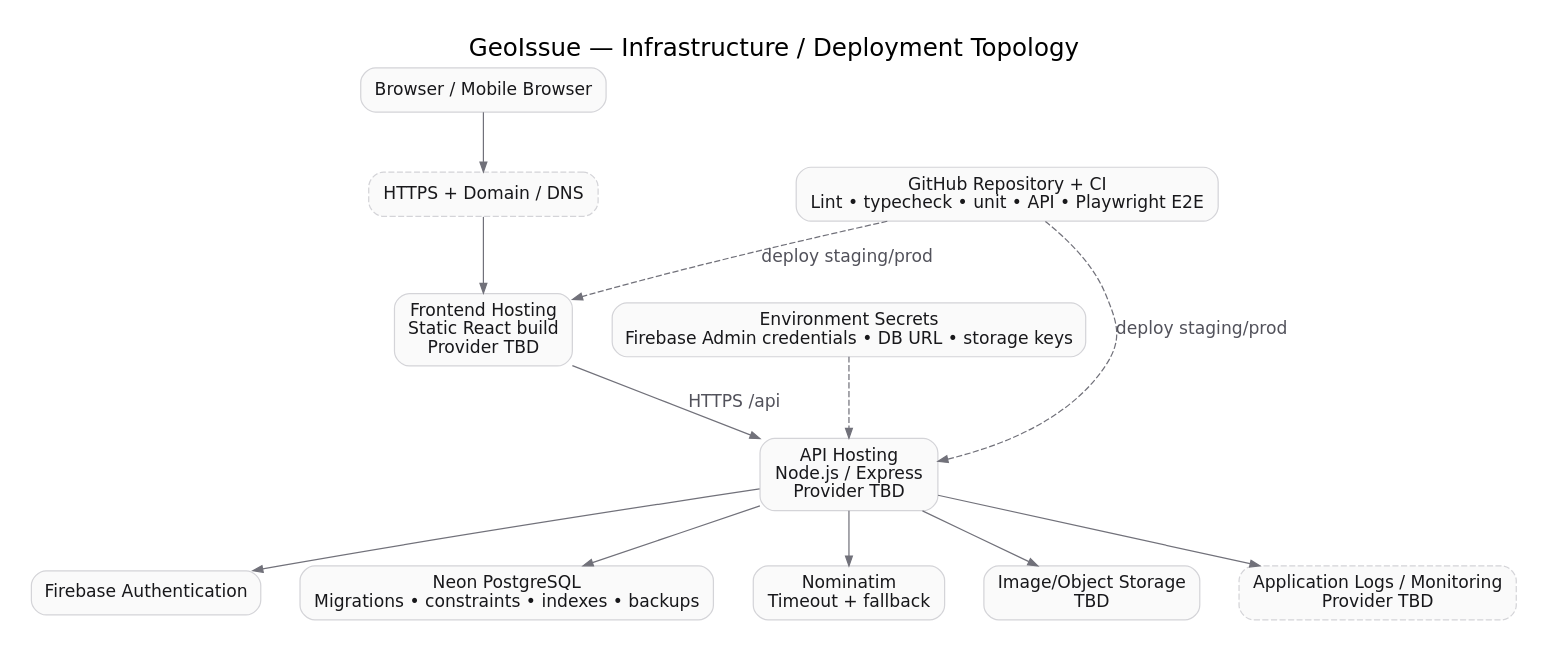
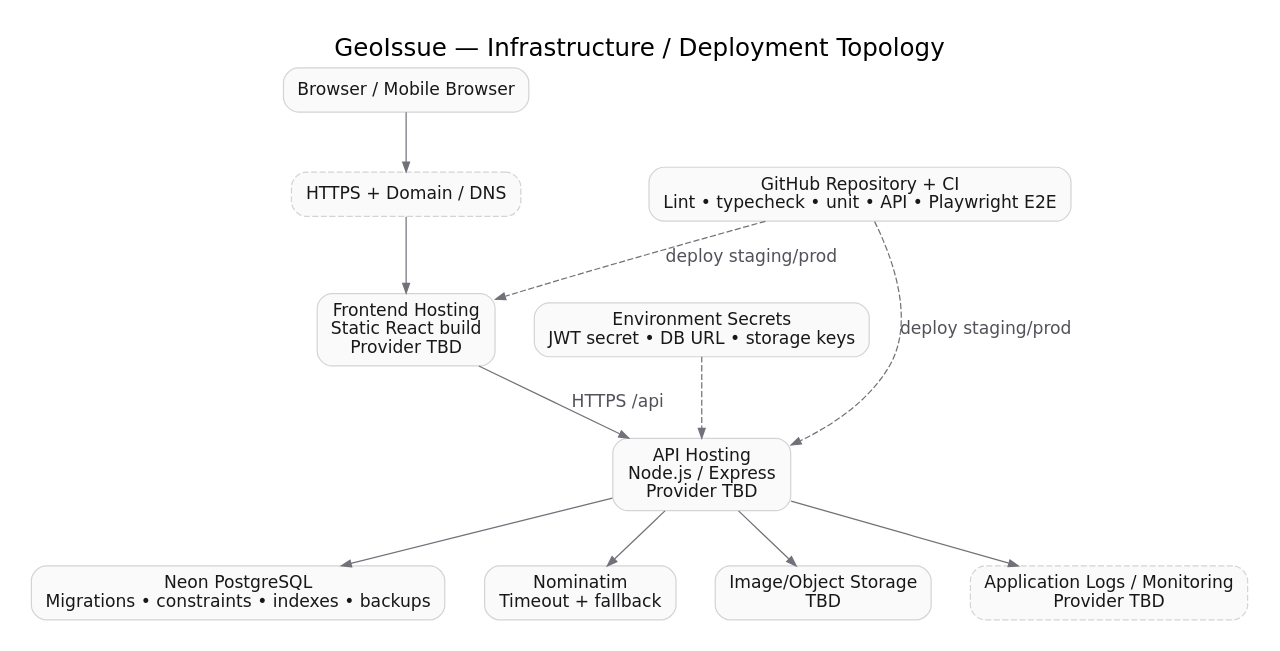
The diagram in docs/reference/diagrams/03_Infrastructure_Deployment.dot (ff7hpp/GeoIssue), drawn with Graphviz before and after one commit. The commit also changed 56 other files, not shown here.

```diff
--- a/docs/reference/diagrams/03_Infrastructure_Deployment.dot
+++ b/docs/reference/diagrams/03_Infrastructure_Deployment.dot
@@ -1,39 +1,37 @@
 digraph G {
 
     graph [fontname="DejaVu Sans", bgcolor="white", pad="0.25", nodesep="0.45", ranksep="0.60"];
     node  [fontname="DejaVu Sans", shape=box, style="rounded,filled", fillcolor="#FAFAFA", color="#D4D4D8", fontcolor="#18181B", margin="0.16,0.10"];
     edge  [fontname="DejaVu Sans", color="#71717A", fontcolor="#52525B", arrowsize="0.8"];
 
 rankdir=TB; labelloc="t"; label="GeoIssue — Infrastructure / Deployment Topology"; fontsize=20;
 user [label="Browser / Mobile Browser"];
 dns [label="HTTPS + Domain / DNS", style="rounded,dashed,filled"];
 frontend [label="Frontend Hosting
 Static React build
 Provider TBD"];
 api [label="API Hosting
 Node.js / Express
 Provider TBD"];
 secrets [label="Environment Secrets
-Firebase Admin credentials • DB URL • storage keys"];
+JWT secret • DB URL • storage keys"];
 ci [label="GitHub Repository + CI
 Lint • typecheck • unit • API • Playwright E2E"];
-firebase [label="Firebase Authentication"];
 neon [label="Neon PostgreSQL
 Migrations • constraints • indexes • backups"];
 nominatim [label="Nominatim
 Timeout + fallback"];
 storage [label="Image/Object Storage
 TBD"];
 logs [label="Application Logs / Monitoring
 Provider TBD", style="rounded,dashed,filled"];
 user -> dns -> frontend;
 frontend -> api [label="HTTPS /api"];
-api -> firebase;
 api -> neon;
 api -> nominatim;
 api -> storage;
 api -> logs;
 secrets -> api [style=dashed];
 ci -> frontend [label="deploy staging/prod", style=dashed];
 ci -> api [label="deploy staging/prod", style=dashed];
 }
```
